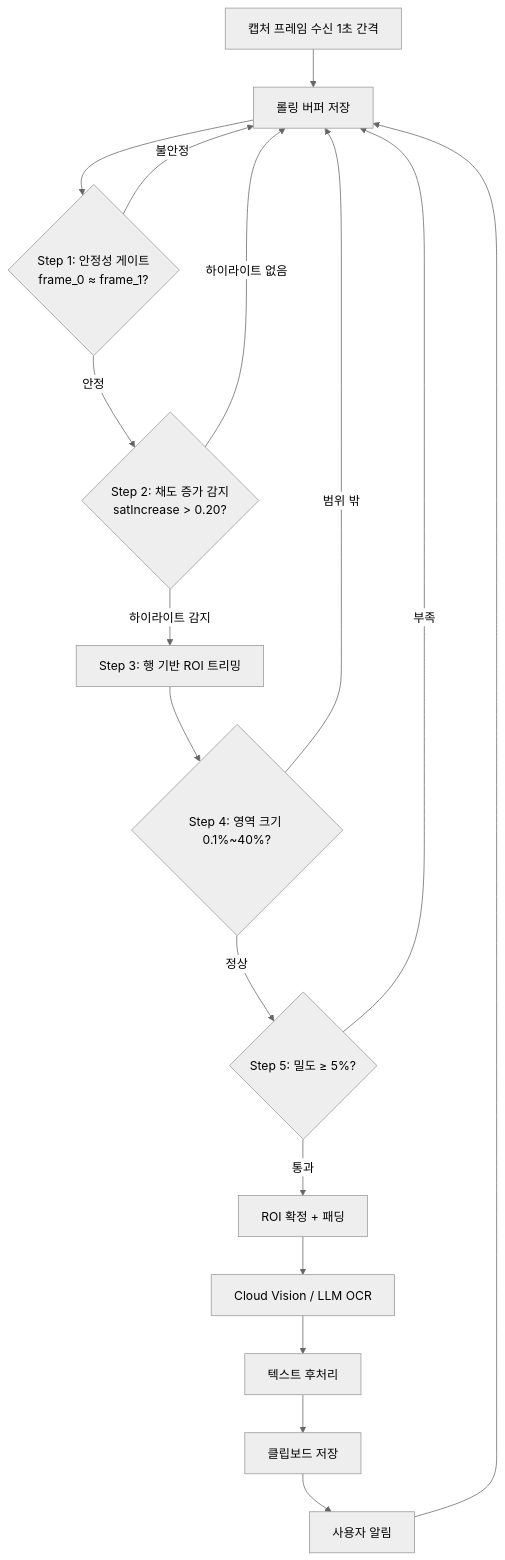
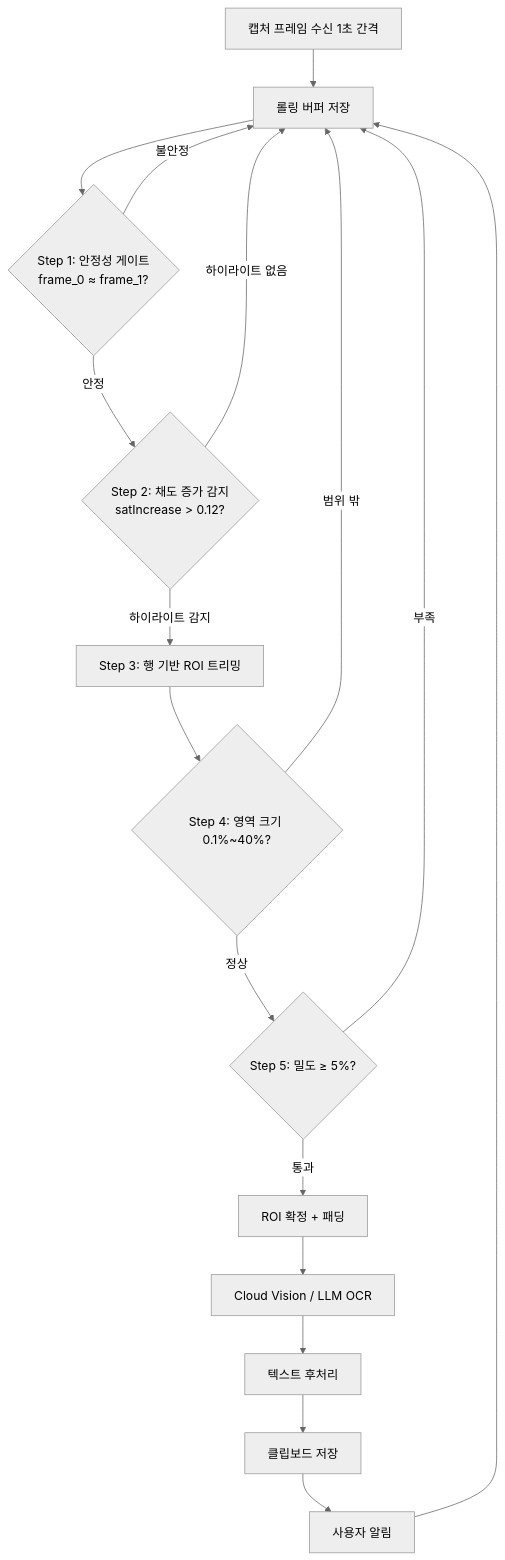
Before and after one commit to AidanPark/src-scroll-snap: the second of 2 diagrams in plan/trans/ScrollSnap_BlockText_Transfer_Method.md, drawn with Mermaid (neutral theme). The commit also changed other lines of this file and 3 other files, not shown here.

````diff
--- a/plan/trans/ScrollSnap_BlockText_Transfer_Method.md
+++ b/plan/trans/ScrollSnap_BlockText_Transfer_Method.md
@@ -204,19 +207,19 @@
 ```mermaid
 flowchart TD
     A[캡처 프레임 수신 1초 간격] --> B[롤링 버퍼 저장]
     B --> C{Step 1: 안정성 게이트<br>frame_0 ≈ frame_1?}
     C -->|불안정| B
-    C -->|안정| D{Step 2: 채도 증가 감지<br>satIncrease > 0.20?}
+    C -->|안정| D{Step 2: 채도 증가 감지<br>satIncrease > 0.12?}
     D -->|하이라이트 없음| B
     D -->|하이라이트 감지| E[Step 3: 행 기반 ROI 트리밍]
     E --> F{Step 4: 영역 크기 0.1%~40%?}
     F -->|범위 밖| B
     F -->|정상| G{Step 5: 밀도 ≥ 5%?}
     G -->|부족| B
     G -->|통과| H[ROI 확정 + 패딩]
     H --> I[Cloud Vision / LLM OCR]
     I --> J[텍스트 후처리]
     J --> K[클립보드 저장]
     K --> L[사용자 알림]
     L --> B
 ```
````
